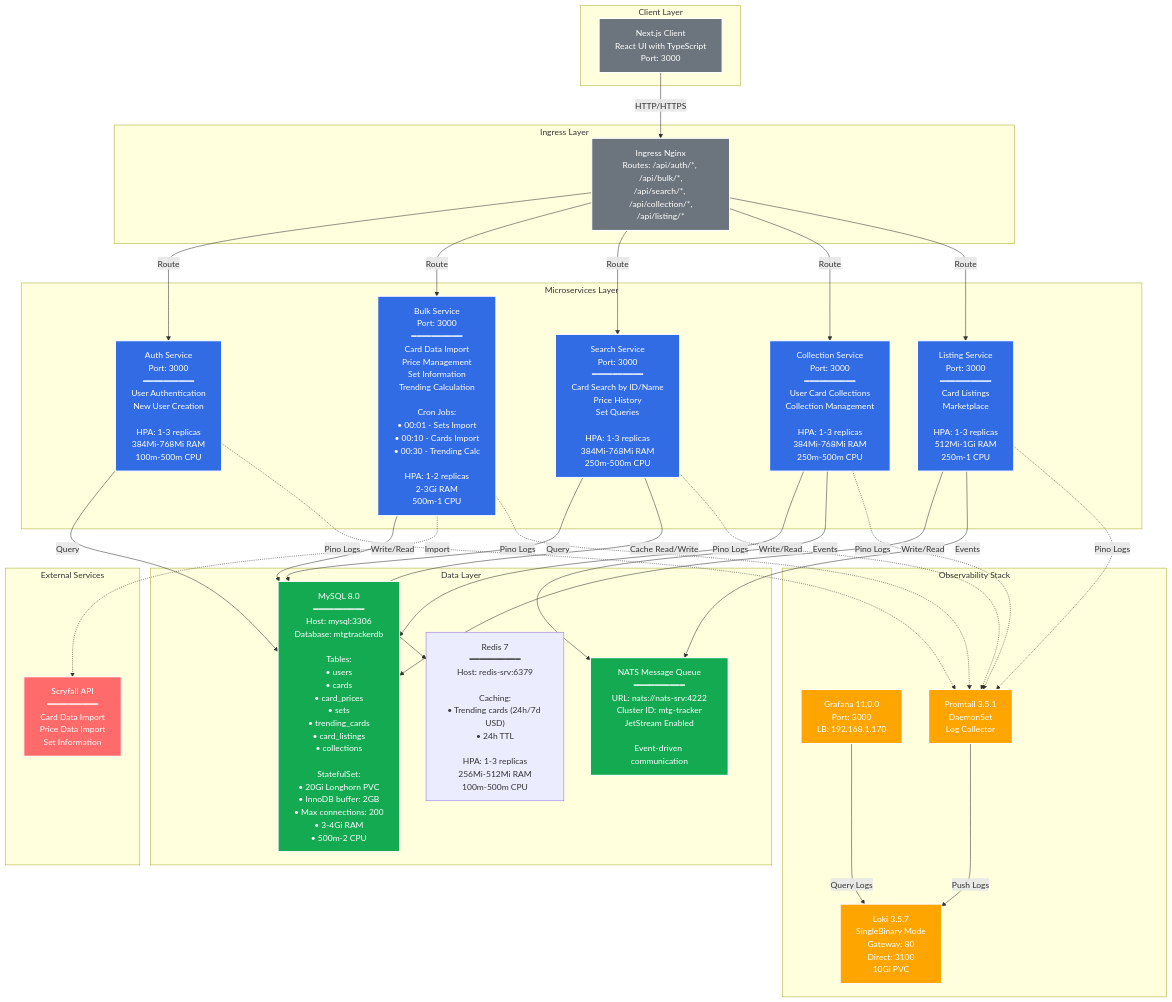
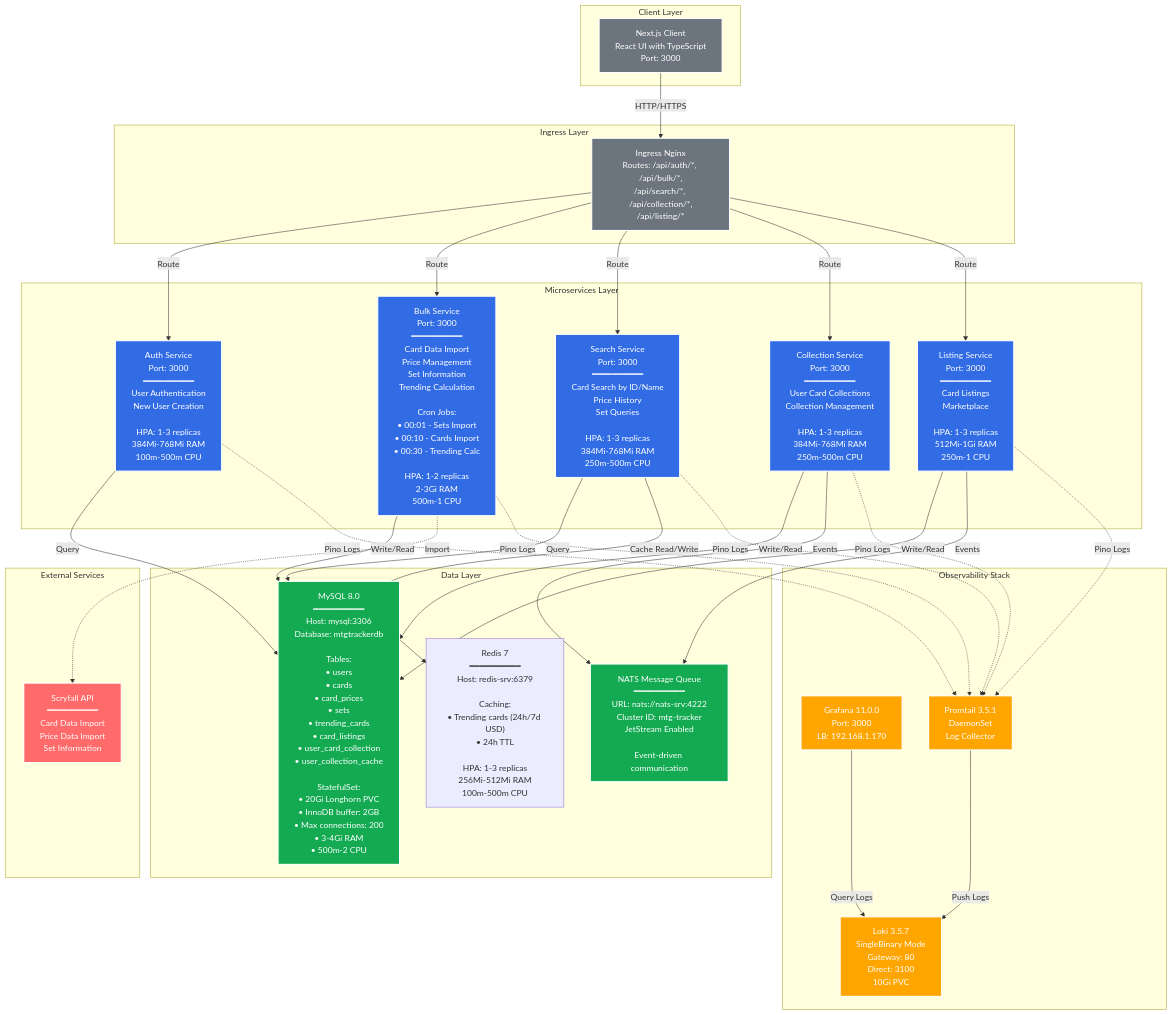
One commit to ZHamburglar/mtg-tracker changed the diagram in README.md. Above: the diagram before and after it, drawn with Mermaid. The commit also changed 3 other files, not shown here.

Commit message:
updating the mermaid

````diff
--- a/README.md
+++ b/README.md
@@ -22,80 +22,80 @@
 ```mermaid
 graph TB
     subgraph "Client Layer"
         Client["Next.js Client<br/>React UI with TypeScript<br/>Port: 3000"]
     end
 
     subgraph "Ingress Layer"
         Ingress["Ingress Nginx<br/>Routes: /api/auth/*, /api/bulk/*,<br/>/api/search/*, /api/collection/*,<br/>/api/listing/*"]
     end
 
     subgraph "Microservices Layer"
         Auth["Auth Service<br/>Port: 3000<br/>━━━━━━━━━━<br/>User Authentication<br/>New User Creation<br/><br/>HPA: 1-3 replicas<br/>384Mi-768Mi RAM<br/>100m-500m CPU"]
         
         Bulk["Bulk Service<br/>Port: 3000<br/>━━━━━━━━━━<br/>Card Data Import<br/>Price Management<br/>Set Information<br/>Trending Calculation<br/><br/>Cron Jobs:<br/>• 00:01 - Sets Import<br/>• 00:10 - Cards Import<br/>• 00:30 - Trending Calc<br/><br/>HPA: 1-2 replicas<br/>2-3Gi RAM<br/>500m-1 CPU"]
         
         Search["Search Service<br/>Port: 3000<br/>━━━━━━━━━━<br/>Card Search by ID/Name<br/>Price History<br/>Set Queries<br/><br/>HPA: 1-3 replicas<br/>384Mi-768Mi RAM<br/>250m-500m CPU"]
         
         Collection["Collection Service<br/>Port: 3000<br/>━━━━━━━━━━<br/>User Card Collections<br/>Collection Management<br/><br/>HPA: 1-3 replicas<br/>384Mi-768Mi RAM<br/>250m-500m CPU"]
         
         Listing["Listing Service<br/>Port: 3000<br/>━━━━━━━━━━<br/>Card Listings<br/>Marketplace<br/><br/>HPA: 1-3 replicas<br/>512Mi-1Gi RAM<br/>250m-1 CPU"]
     end
 
     subgraph "Data Layer"
         NATS["NATS Message Queue<br/>━━━━━━━━━━<br/>URL: nats://nats-srv:4222<br/>Cluster ID: mtg-tracker<br/>JetStream Enabled<br/><br/>Event-driven communication"]
         
-        MySQL["MySQL 8.0<br/>━━━━━━━━━━<br/>Host: mysql:3306<br/>Database: mtgtrackerdb<br/><br/>Tables:<br/>• users<br/>• cards<br/>• card_prices<br/>• sets<br/>• trending_cards<br/>• card_listings<br/>• collections<br/><br/>StatefulSet:<br/>• 20Gi Longhorn PVC<br/>• InnoDB buffer: 2GB<br/>• Max connections: 200<br/>• 3-4Gi RAM<br/>• 500m-2 CPU"]
+        MySQL["MySQL 8.0<br/>━━━━━━━━━━<br/>Host: mysql:3306<br/>Database: mtgtrackerdb<br/><br/>Tables:<br/>• users<br/>• cards<br/>• card_prices<br/>• sets<br/>• trending_cards<br/>• card_listings<br/>• user_card_collection<br/>• user_collection_cache<br/><br/>StatefulSet:<br/>• 20Gi Longhorn PVC<br/>• InnoDB buffer: 2GB<br/>• Max connections: 200<br/>• 3-4Gi RAM<br/>• 500m-2 CPU"]
         
         Redis["Redis 7<br/>━━━━━━━━━━<br/>Host: redis-srv:6379<br/><br/>Caching:<br/>• Trending cards (24h/7d USD)<br/>• 24h TTL<br/><br/>HPA: 1-3 replicas<br/>256Mi-512Mi RAM<br/>100m-500m CPU"]
     end
 
     subgraph "External Services"
         Scryfall["Scryfall API<br/>━━━━━━━━━━<br/>Card Data Import<br/>Price Data Import<br/>Set Information"]
     end
 
     subgraph "Observability Stack"
         Grafana["Grafana 11.0.0<br/>Port: 3000<br/>LB: 192.168.1.170"]
         Loki["Loki 3.5.7<br/>SingleBinary Mode<br/>Gateway: 80<br/>Direct: 3100<br/>10Gi PVC"]
         Promtail["Promtail 3.5.1<br/>DaemonSet<br/>Log Collector"]
     end
 
     Client -->|HTTP/HTTPS| Ingress
     Ingress -->|Route| Auth
     Ingress -->|Route| Bulk
     Ingress -->|Route| Search
     Ingress -->|Route| Collection
     Ingress -->|Route| Listing
 
     Auth -->|Query| MySQL
     Bulk -->|Write/Read| MySQL
     Search -->|Query| MySQL
     Search -->|Cache Read/Write| Redis
     Collection -->|Write/Read| MySQL
     Listing -->|Write/Read| MySQL
 
     Collection -->|Events| NATS
     Listing -->|Events| NATS
 
     Bulk -.->|Import| Scryfall
 
     Auth -.->|Pino Logs| Promtail
     Bulk -.->|Pino Logs| Promtail
     Search -.->|Pino Logs| Promtail
     Collection -.->|Pino Logs| Promtail
     Listing -.->|Pino Logs| Promtail
     
     Promtail -->|Push Logs| Loki
     Grafana -->|Query Logs| Loki
 
     classDef service fill:#326ce5,stroke:#fff,stroke-width:2px,color:#fff
     classDef data fill:#13aa52,stroke:#fff,stroke-width:2px,color:#fff
     classDef external fill:#ff6b6b,stroke:#fff,stroke-width:2px,color:#fff
     classDef observability fill:#ffa500,stroke:#fff,stroke-width:2px,color:#fff
     classDef infra fill:#6c757d,stroke:#fff,stroke-width:2px,color:#fff
 
     class Auth,Bulk,Search,Collection,Listing service
     class MySQL,NATS data
     class Scryfall external
     class Grafana,Loki,Promtail observability
     class Client,Ingress infra
 ```
````
